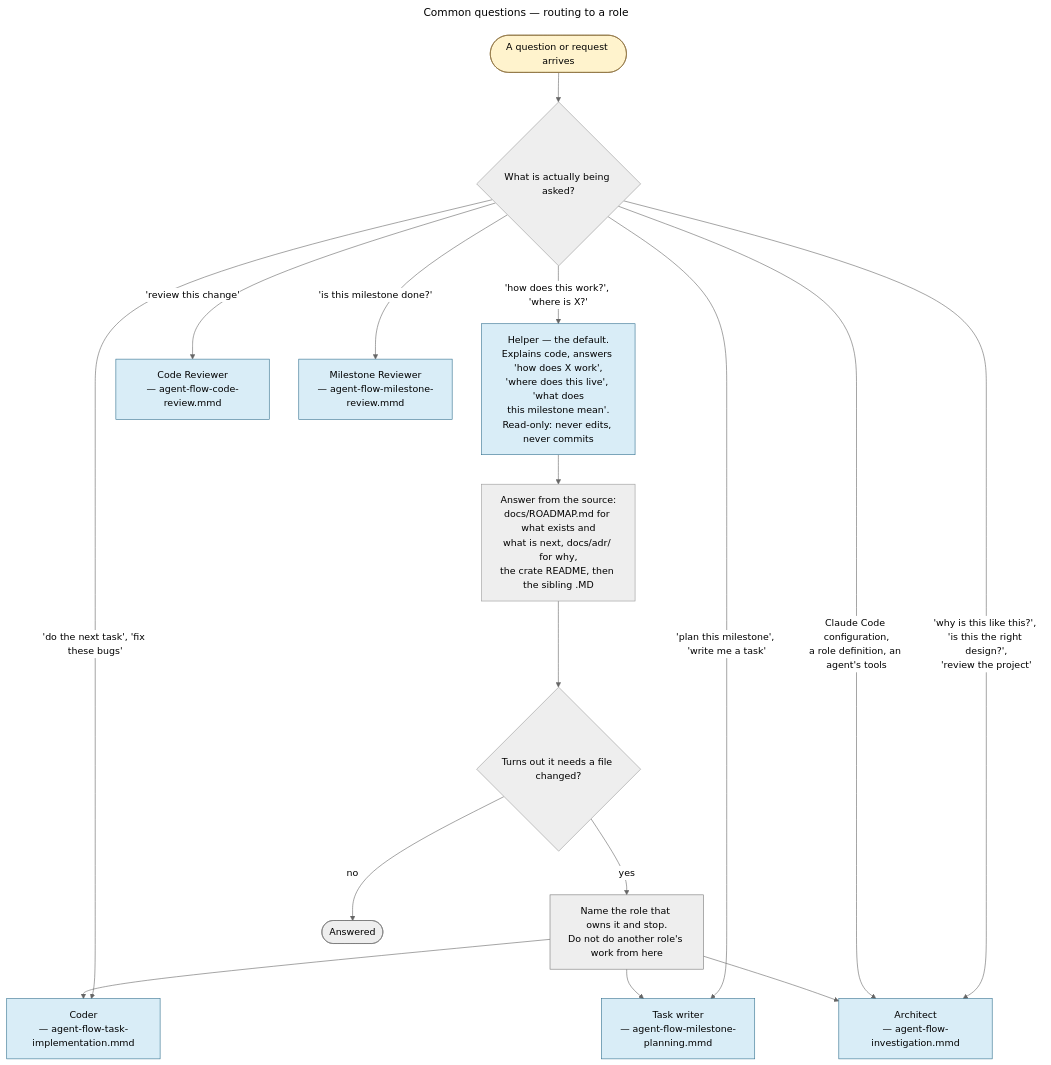
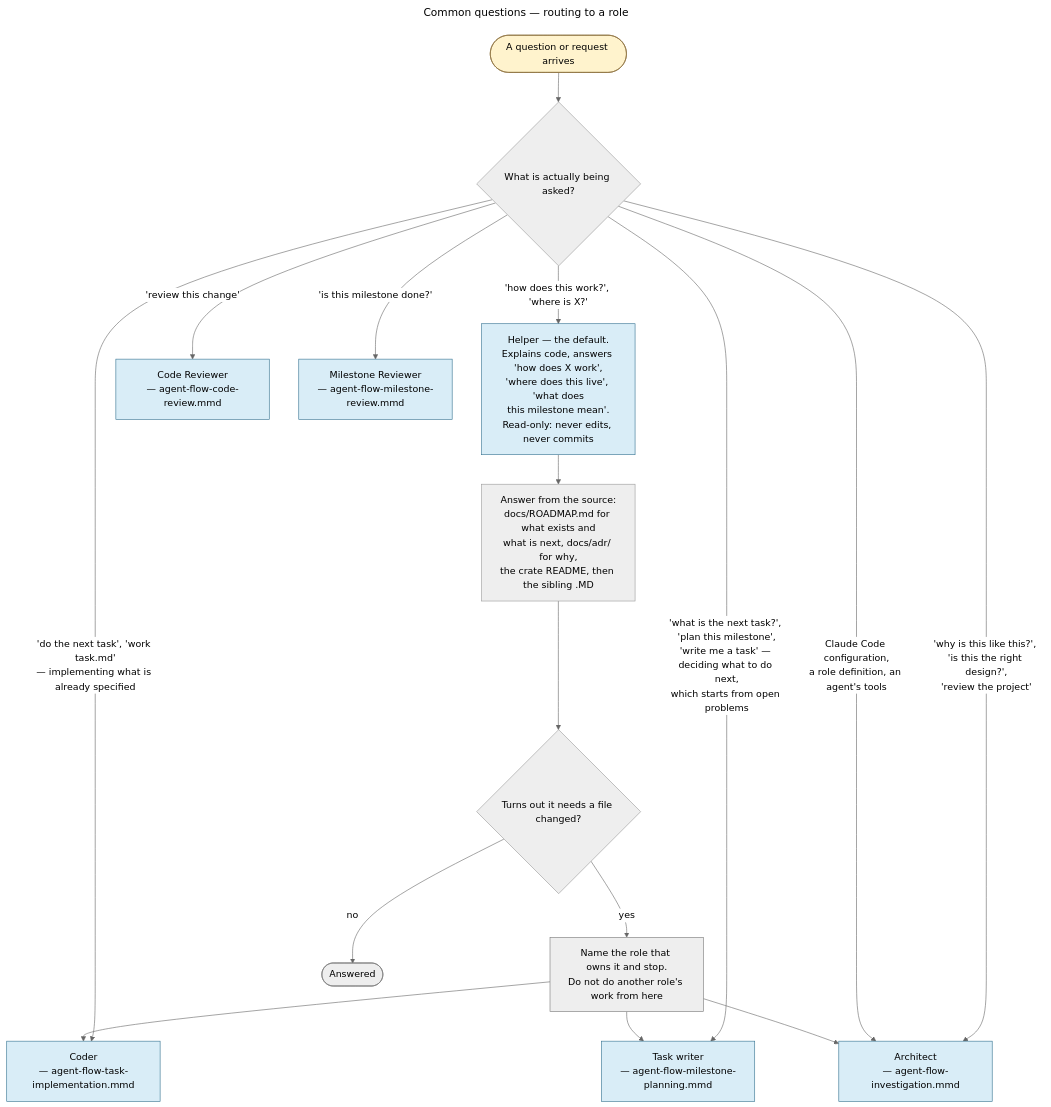
One commit to Dmitriy-G/simple_rdbms changed the diagram in docs/diagrams/agent-flow-questions.mmd. Above: the diagram before and after it, drawn with Mermaid (neutral theme). The commit also changed 21 other files, not shown here.

Commit message:
Change agents flow

```diff
--- a/docs/diagrams/agent-flow-questions.mmd
+++ b/docs/diagrams/agent-flow-questions.mmd
@@ -1,38 +1,38 @@
 ---
 title: Common questions — routing to a role
 ---
 flowchart TD
     classDef human fill:#fff3cd,stroke:#8a6d3b,color:#000
     classDef role fill:#d9edf7,stroke:#31708f,color:#000
     classDef stop fill:#eeeeee,stroke:#777,color:#000
 
     Q(["A question or request arrives"]):::human
     ROUTE{"What is actually being asked?"}
 
     HELP["Helper — the default.<br/>Explains code, answers 'how does X work',<br/>'where does this live', 'what does<br/>this milestone mean'.<br/>Read-only: never edits, never commits"]:::role
     ANSWER["Answer from the source:<br/>docs/ROADMAP.md for what exists and<br/>what is next, docs/adr/ for why,<br/>the crate README, then the sibling .MD"]
     SCOPE{"Turns out it needs a file changed?"}
     NAME["Name the role that owns it and stop.<br/>Do not do another role's work from here"]:::stop
     DONE(["Answered"]):::stop
 
     CODE["Coder<br/>— agent-flow-task-implementation.mmd"]:::role
     SPEC["Task writer<br/>— agent-flow-milestone-planning.mmd"]:::role
     ARCH["Architect<br/>— agent-flow-investigation.mmd"]:::role
     CR["Code Reviewer<br/>— agent-flow-code-review.mmd"]:::role
     MR["Milestone Reviewer<br/>— agent-flow-milestone-review.mmd"]:::role
 
     Q --> ROUTE
     ROUTE -- "'how does this work?', 'where is X?'" --> HELP
-    ROUTE -- "'do the next task', 'fix these bugs'" --> CODE
-    ROUTE -- "'plan this milestone', 'write me a task'" --> SPEC
+    ROUTE -- "'do the next task', 'work task.md'<br/>— implementing what is already specified" --> CODE
+    ROUTE -- "'what is the next task?', 'plan this milestone',<br/>'write me a task' — deciding what to do next,<br/>which starts from open problems" --> SPEC
     ROUTE -- "'why is this like this?', 'is this the right design?',<br/>'review the project'" --> ARCH
     ROUTE -- "'review this change'" --> CR
     ROUTE -- "'is this milestone done?'" --> MR
     ROUTE -- "Claude Code configuration,<br/>a role definition, an agent's tools" --> ARCH
 
     HELP --> ANSWER --> SCOPE
     SCOPE -- yes --> NAME
     SCOPE -- no --> DONE
     NAME --> CODE
     NAME --> SPEC
     NAME --> ARCH
```
